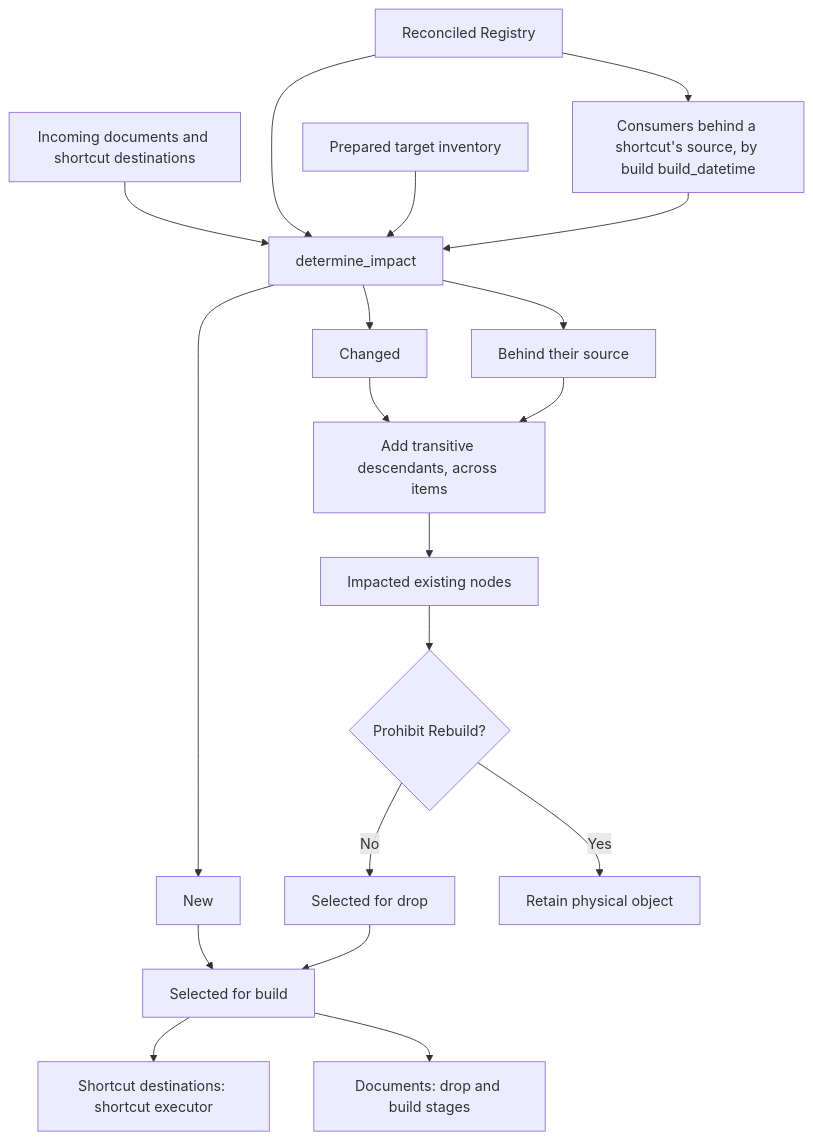
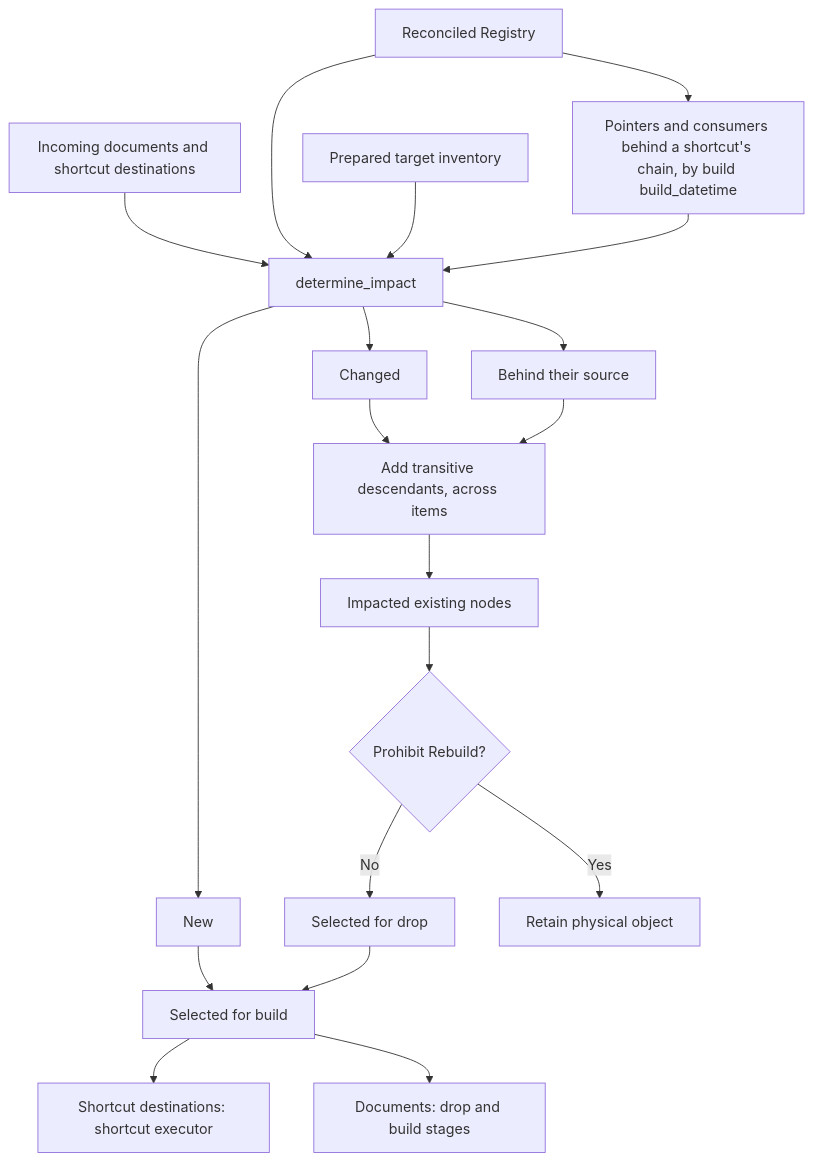
One commit to matthias-wong-dev/weaverstack changed the second of 4 diagrams in design/how-does-build-work.md. Above: the diagram before and after it, drawn with Mermaid. The commit also changed other lines of this file and 2 other files, not shown here.

First line of the commit message:
Document the shortcut chain, the name-release wait and Folder adoption

````diff
--- a/design/how-does-build-work.md
+++ b/design/how-does-build-work.md
@@ -441,30 +515,30 @@
 ```mermaid
 flowchart TD
     R["Incoming documents and shortcut destinations"]
     C["Reconciled Registry"]
     T["Prepared target inventory"]
-    E["Consumers behind a shortcut's source, by build build_datetime"]
+    E["Pointers and consumers behind a shortcut's chain, by build build_datetime"]
 
     R --> I["determine_impact"]
     C --> I
     T --> I
     C --> E
     E --> I
 
     I --> N["New"]
     I --> H["Changed"]
     I --> B["Behind their source"]
     H --> D["Add transitive descendants, across items"]
     B --> D
     D --> A["Impacted existing nodes"]
 
     A --> P{"Prohibit Rebuild?"}
     P -->|No| DROP["Selected for drop"]
     P -->|Yes| KEEP["Retain physical object"]
 
     N --> BUILD["Selected for build"]
     DROP --> BUILD
 
     BUILD --> AL["Shortcut destinations: shortcut executor"]
     BUILD --> DOC["Documents: drop and build stages"]
 ```
````
